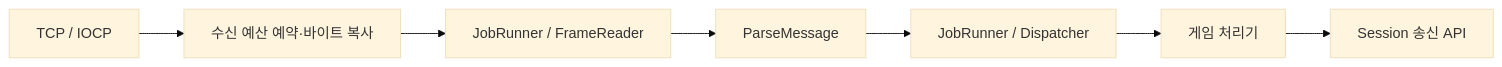
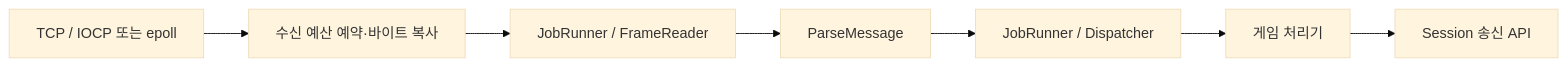
Before and after one commit to JHPark0906/ServerCore: the diagram in docs/ARCHITECTURE.md, drawn with Mermaid (base theme). The commit also changed other lines of this file and 70 other files, not shown here.

````diff
--- a/docs/ARCHITECTURE.md
+++ b/docs/ARCHITECTURE.md
@@ -38,9 +47,9 @@
 ```mermaid
 flowchart LR
-    TCP[TCP / IOCP] --> Receive[수신 예산 예약·바이트 복사]
+    TCP[TCP / IOCP 또는 epoll] --> Receive[수신 예산 예약·바이트 복사]
     Receive --> Runner[JobRunner / FrameReader]
     Runner --> Parse[ParseMessage]
     Parse --> Dispatch[JobRunner / Dispatcher]
     Dispatch --> Handler[게임 처리기]
     Handler --> Session[Session 송신 API]
 ```
````
